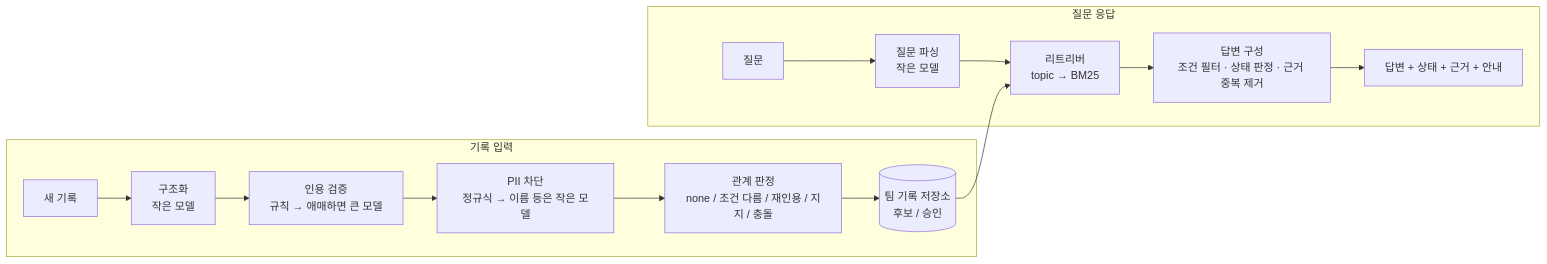
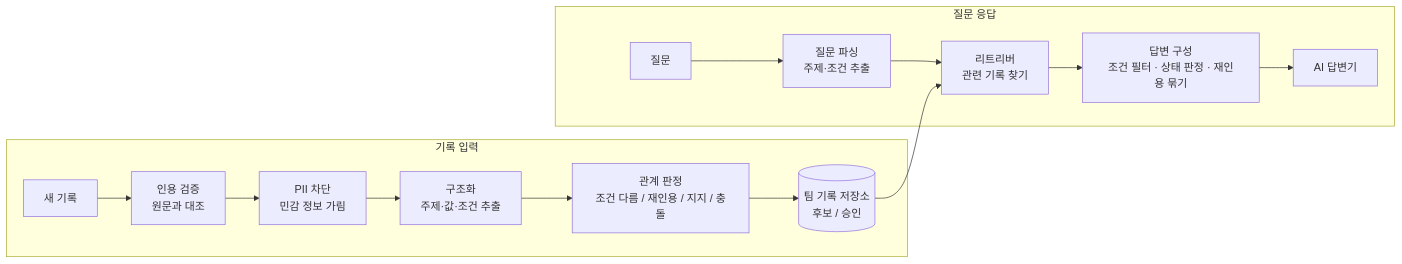
Before and after one commit to Jeong-Sichan/knowledge_harness: the diagram in README.md, drawn with Mermaid. The commit also changed other lines of this file and 6 other files, not shown here.

````diff
--- a/README.md
+++ b/README.md
@@ -17,17 +49,17 @@
 ```mermaid
 flowchart LR
   subgraph 기록 입력
-    A[새 기록] --> S[구조화<br/>작은 모델]
-    S --> V[인용 검증<br/>규칙 → 애매하면 큰 모델]
-    V --> G[PII 차단<br/>정규식 → 이름 등은 작은 모델]
-    G --> J[관계 판정<br/>none / 조건 다름 / 재인용 / 지지 / 충돌]
+    A[새 기록] --> V[인용 검증<br/>원문과 대조]
+    V --> G[PII 차단<br/>민감 정보 가림]
+    G --> S[구조화<br/>주제·값·조건 추출]
+    S --> J[관계 판정<br/>조건 다름 / 재인용 / 지지 / 충돌]
     J --> DB[(팀 기록 저장소<br/>후보 / 승인)]
   end
   subgraph 질문 응답
-    Q[질문] --> P[질문 파싱<br/>작은 모델]
-    P --> R[리트리버<br/>topic → BM25]
+    Q[질문] --> P[질문 파싱<br/>주제·조건 추출]
+    P --> R[리트리버<br/>관련 기록 찾기]
     DB --> R
-    R --> C[답변 구성<br/>조건 필터 · 상태 판정 · 근거 중복 제거]
-    C --> O[답변 + 상태 + 근거 + 안내]
+    R --> C[답변 구성<br/>조건 필터 · 상태 판정 · 재인용 묶기]
+    C --> O[AI 답변기]
   end
 ```
````
